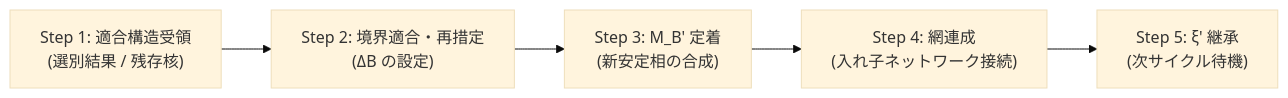
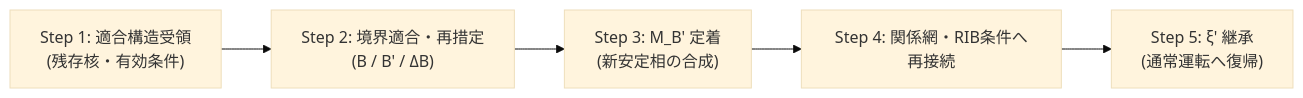
Before and after one commit to Aporapeiron/RDL_Core: the diagram in 01_T1_SILN操作層/T1_再構成.md, drawn with Mermaid (base theme). The commit also changed other lines of this file, not shown here.

````diff
--- a/01_T1_SILN操作層/T1_再構成.md
+++ b/01_T1_SILN操作層/T1_再構成.md
@@ -25,8 +30,8 @@
 ```mermaid
 graph LR
-    C["Step 1: 適合構造受領<br/>(選別結果 / 残存核)"] 
-    --> B["Step 2: 境界適合・再措定<br/>(ΔB の設定)"] 
-    --> S["Step 3: M_B' 定着<br/>(新安定相の合成)"] 
-    --> N["Step 4: 網連成<br/>(入れ子ネットワーク接続)"] 
-    --> I["Step 5: ξ' 継承<br/>(次サイクル待機)"]
+    C["Step 1: 適合構造受領<br/>(残存核・有効条件)"]
+    --> B["Step 2: 境界適合・再措定<br/>(B / B' / ΔB)"]
+    --> S["Step 3: M_B' 定着<br/>(新安定相の合成)"]
+    --> N["Step 4: 関係網・RIB条件へ再接続"]
+    --> I["Step 5: ξ' 継承<br/>(通常運転へ復帰)"]
 ```
````
